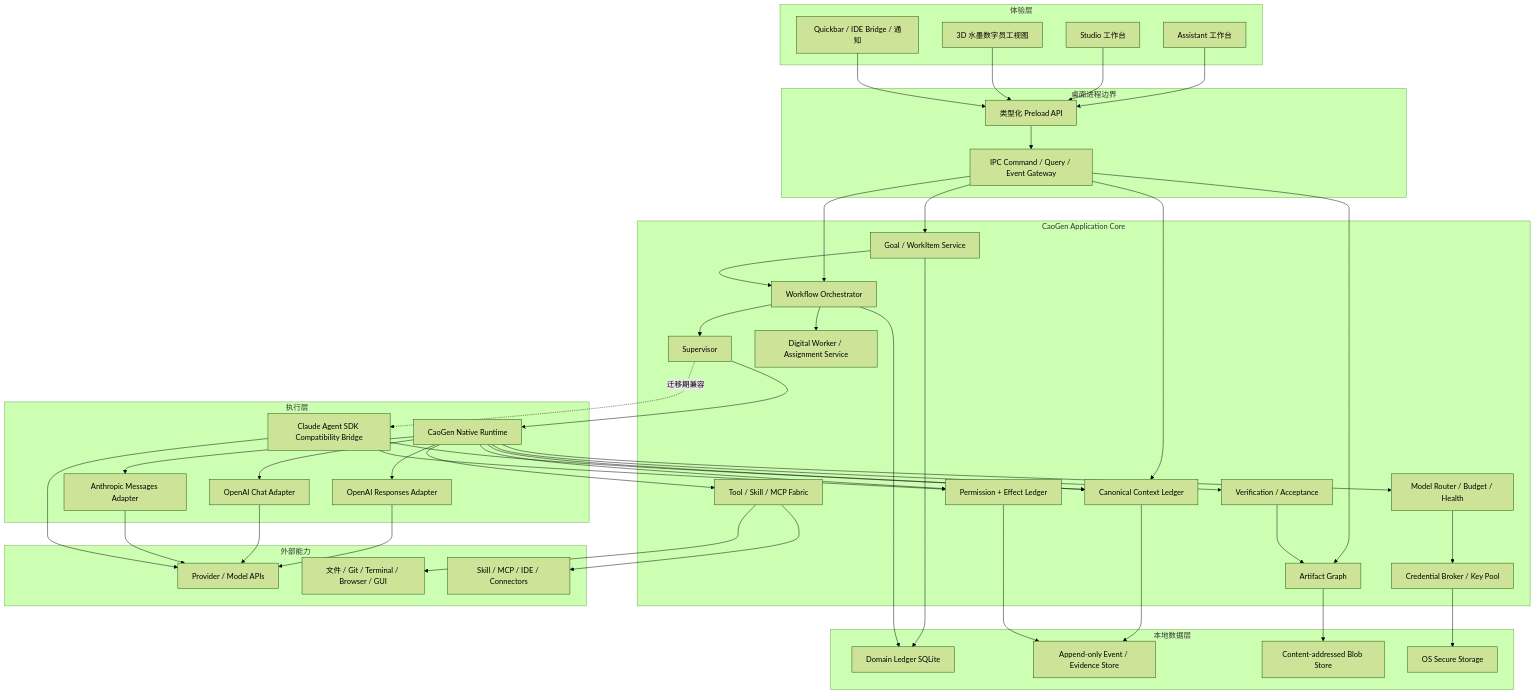
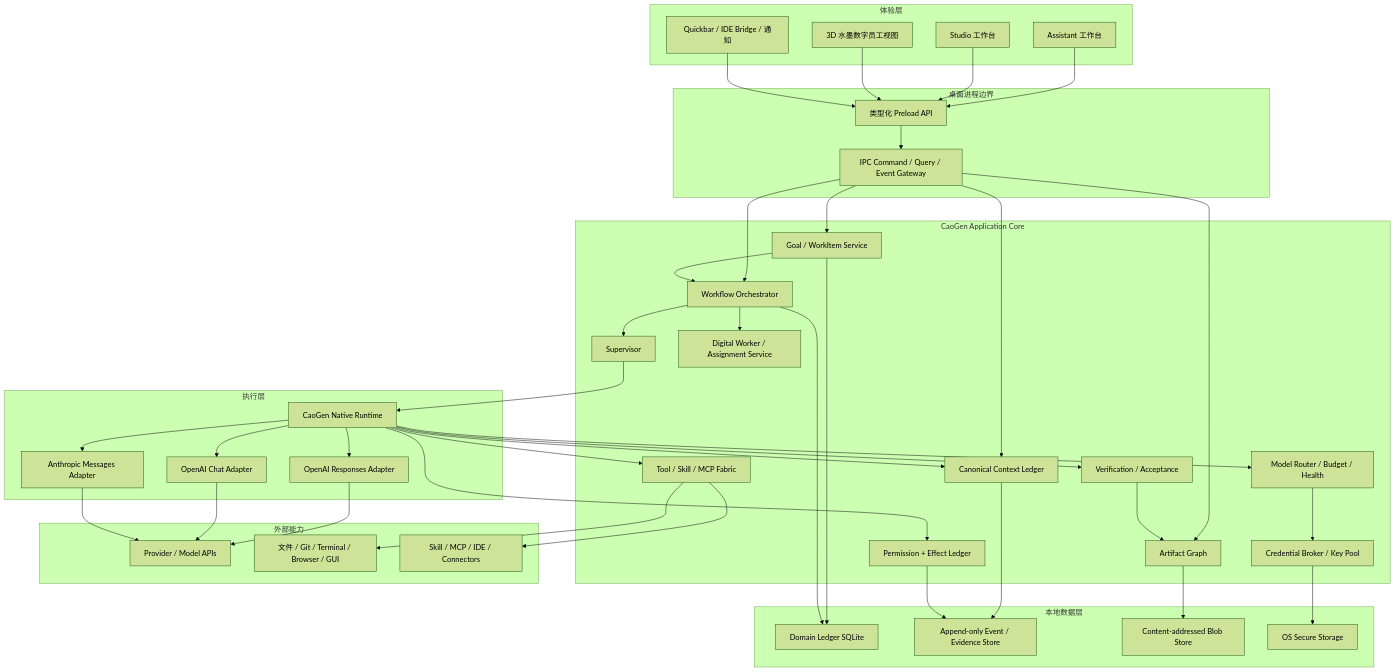
The first of 10 diagrams in docs/HIGH-LEVEL-DESIGN.md (ChaoYuZhang001/CaoGen), drawn with Mermaid (forest theme) before and after one commit. The commit also changed other lines of this file and 105 other files, not shown here.

```diff
--- a/docs/HIGH-LEVEL-DESIGN.md
+++ b/docs/HIGH-LEVEL-DESIGN.md
@@ -69,7 +69,6 @@
     AdapterOpenAI["OpenAI Responses Adapter"]
     AdapterChat["OpenAI Chat Adapter"]
     AdapterAnthropic["Anthropic Messages Adapter"]
-    ClaudeBridge["Claude Agent SDK Compatibility Bridge"]
   end
 
   subgraph External["外部能力"]
@@ -109,13 +108,9 @@
   Native --> AdapterOpenAI
   Native --> AdapterChat
   Native --> AdapterAnthropic
-  Supervisor -. "迁移期兼容" .-> ClaudeBridge
   AdapterOpenAI --> Providers
   AdapterChat --> Providers
   AdapterAnthropic --> Providers
-  ClaudeBridge --> Providers
-  ClaudeBridge --> Context
-  ClaudeBridge --> Trust
   GoalService --> DomainDb
   Workflow --> DomainDb
   Context --> EventStore
```
